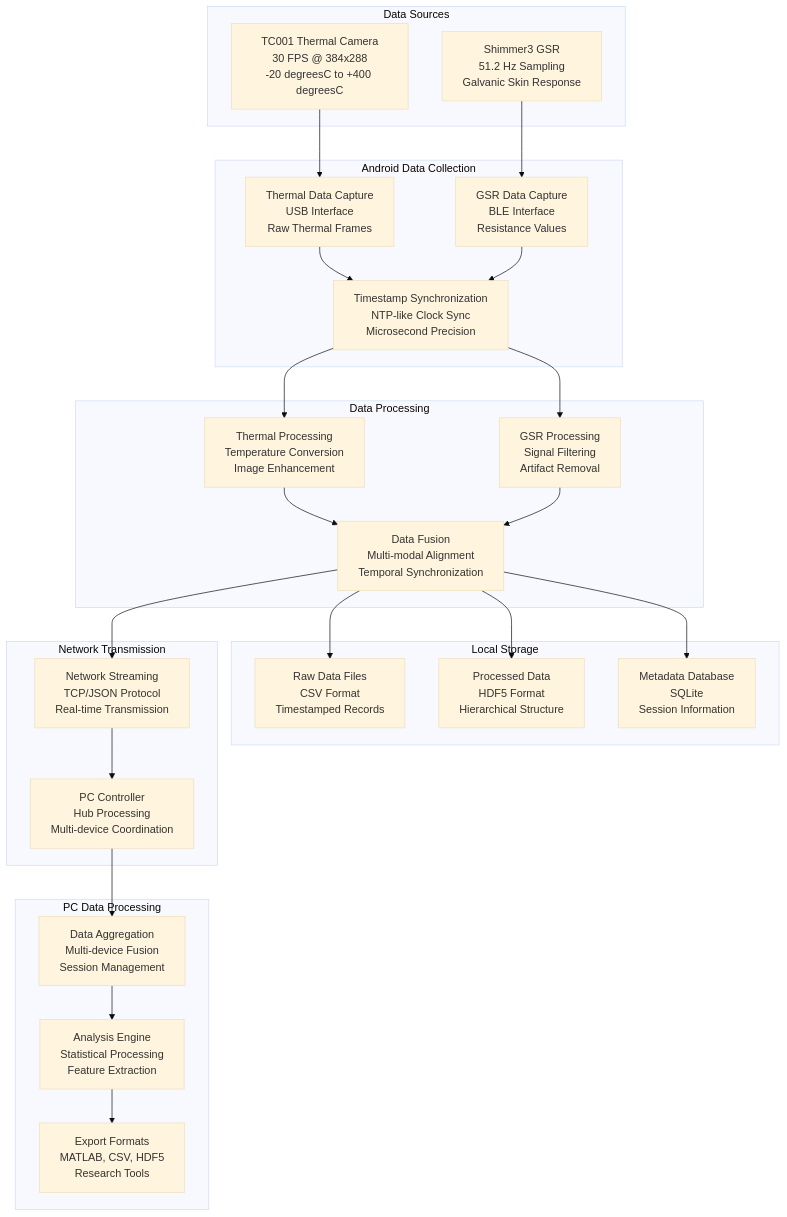
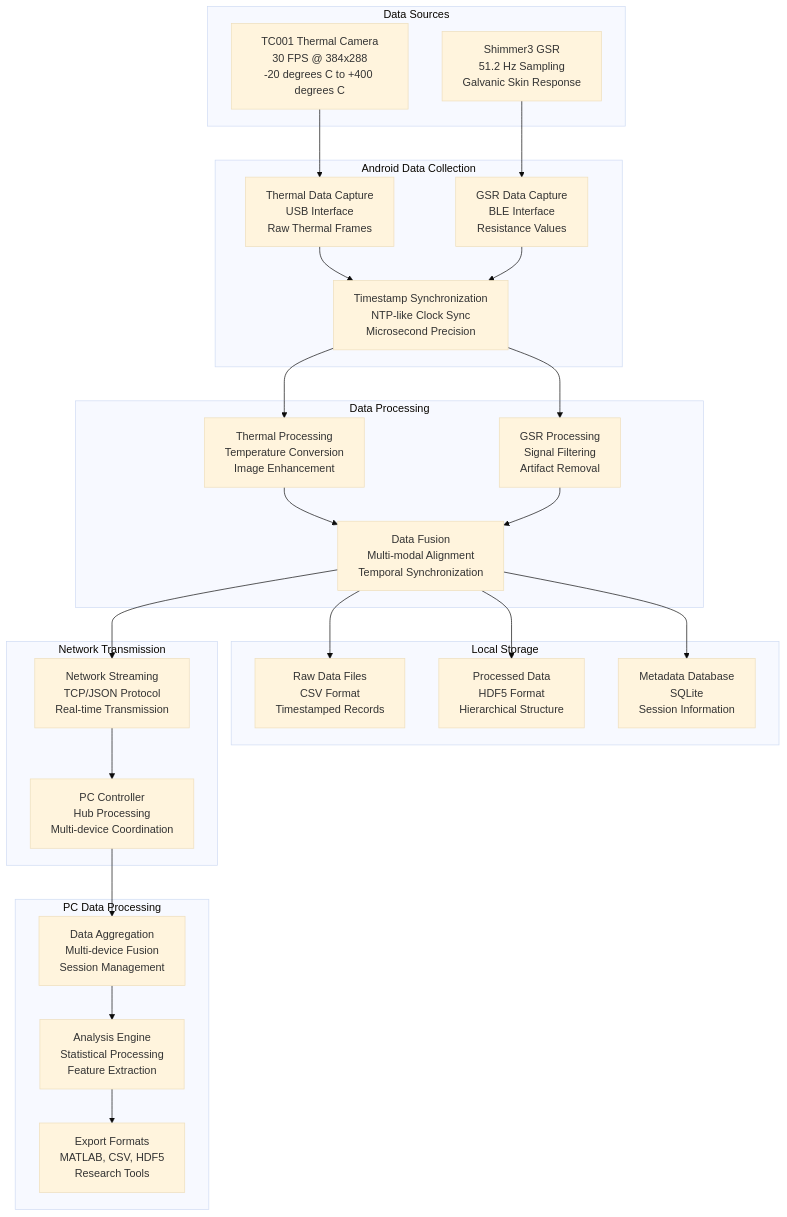
The seventh of 10 diagrams in docs/COMPREHENSIVE_ARCHITECTURE_DIAGRAMS.md (uclgsr/IRCamera), drawn with Mermaid (base theme) before and after one commit.

````diff
--- a/docs/COMPREHENSIVE_ARCHITECTURE_DIAGRAMS.md
+++ b/docs/COMPREHENSIVE_ARCHITECTURE_DIAGRAMS.md
@@ -351,59 +351,59 @@
 ```mermaid
 flowchart TD
     subgraph "Data Sources"
-        TC001Sensor[TC001 Thermal Camera<br/>30 FPS @ 384x288<br/>-20 degreesC to +400 degreesC]
+        TC001Sensor[TC001 Thermal Camera<br/>30 FPS @ 384x288<br/>-20 degrees C to +400 degrees C]
         Shimmer3Sensor[Shimmer3 GSR<br/>51.2 Hz Sampling<br/>Galvanic Skin Response]
     end
     
     subgraph "Android Data Collection"
         ThermalCapture[Thermal Data Capture<br/>USB Interface<br/>Raw Thermal Frames]
         GSRCapture[GSR Data Capture<br/>BLE Interface<br/>Resistance Values]
         TimestampSync[Timestamp Synchronization<br/>NTP-like Clock Sync<br/>Microsecond Precision]
     end
     
     subgraph "Data Processing"
         ThermalProcess[Thermal Processing<br/>Temperature Conversion<br/>Image Enhancement]
         GSRProcess[GSR Processing<br/>Signal Filtering<br/>Artifact Removal]
         DataFusion[Data Fusion<br/>Multi-modal Alignment<br/>Temporal Synchronization]
     end
     
     subgraph "Local Storage"
         RawFiles[Raw Data Files<br/>CSV Format<br/>Timestamped Records]
         ProcessedFiles[Processed Data<br/>HDF5 Format<br/>Hierarchical Structure]
         MetadataDB[Metadata Database<br/>SQLite<br/>Session Information]
     end
     
     subgraph "Network Transmission"
         NetworkStream[Network Streaming<br/>TCP/JSON Protocol<br/>Real-time Transmission]
         PCController[PC Controller<br/>Hub Processing<br/>Multi-device Coordination]
     end
     
     subgraph "PC Data Processing"
         DataAggregation[Data Aggregation<br/>Multi-device Fusion<br/>Session Management]
         AnalysisEngine[Analysis Engine<br/>Statistical Processing<br/>Feature Extraction]
         ExportFormats[Export Formats<br/>MATLAB, CSV, HDF5<br/>Research Tools]
     end
     
     TC001Sensor --> ThermalCapture
     Shimmer3Sensor --> GSRCapture
     
     ThermalCapture --> TimestampSync
     GSRCapture --> TimestampSync
     
     TimestampSync --> ThermalProcess
     TimestampSync --> GSRProcess
     
     ThermalProcess --> DataFusion
     GSRProcess --> DataFusion
     
     DataFusion --> RawFiles
     DataFusion --> ProcessedFiles
     DataFusion --> MetadataDB
     
     DataFusion --> NetworkStream
     NetworkStream --> PCController
     
     PCController --> DataAggregation
     DataAggregation --> AnalysisEngine
     AnalysisEngine --> ExportFormats
 ```
````
